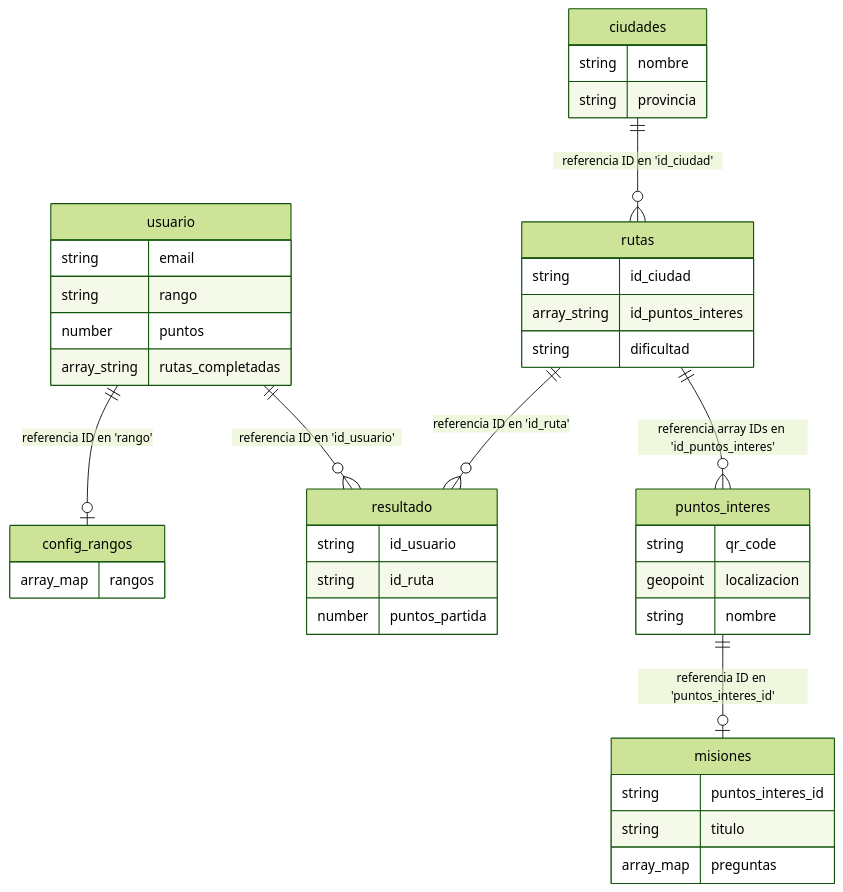
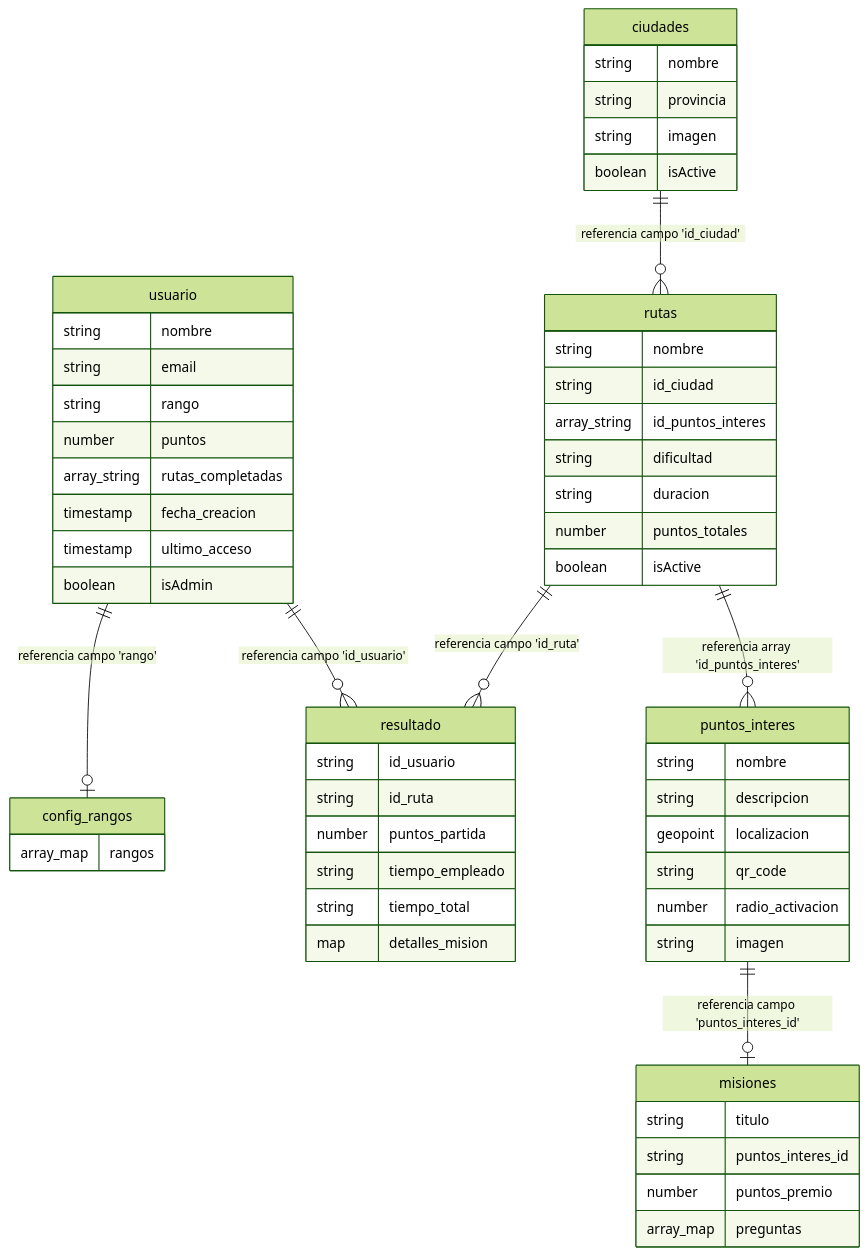
One commit to TurisTechTeam-Dev/RuteX-GO-App changed the third of 4 diagrams in docs/technical_documentation.md. Above: the diagram before and after it, drawn with Mermaid (forest theme). The commit also changed other lines of this file, not shown here.

Commit message:
Revise data model and add validation triggers
Updated the logical structure of collections and added data validation mechanisms.

````diff
--- a/docs/technical_documentation.md
+++ b/docs/technical_documentation.md
@@ -347,43 +347,66 @@
 ```mermaid
 erDiagram
-    usuario ||--o| config_rangos : "referencia ID en 'rango'"
-    usuario ||--o{ resultado : "referencia ID en 'id_usuario'"
-    ciudades ||--o{ rutas : "referencia ID en 'id_ciudad'"
-    rutas ||--o{ puntos_interes : "referencia array IDs en 'id_puntos_interes'"
-    puntos_interes ||--o| misiones : "referencia ID en 'puntos_interes_id'"
-    rutas ||--o{ resultado : "referencia ID en 'id_ruta'"
+    usuario ||--o| config_rangos : "referencia campo 'rango'"
+    usuario ||--o{ resultado : "referencia campo 'id_usuario'"
+    ciudades ||--o{ rutas : "referencia campo 'id_ciudad'"
+    rutas ||--o{ puntos_interes : "referencia array 'id_puntos_interes'"
+    puntos_interes ||--o| misiones : "referencia campo 'puntos_interes_id'"
+    rutas ||--o{ resultado : "referencia campo 'id_ruta'"
 
     usuario {
+        string nombre
         string email
         string rango
         number puntos
         array_string rutas_completadas
+        timestamp fecha_creacion
+        timestamp ultimo_acceso
+        boolean isAdmin
     }
+
     ciudades {
         string nombre
         string provincia
+        string imagen
+        boolean isActive
     }
+
     rutas {
+        string nombre
         string id_ciudad
         array_string id_puntos_interes
         string dificultad
+        string duracion
+        number puntos_totales
+        boolean isActive
     }
+
     puntos_interes {
+        string nombre
+        string descripcion
+        geopoint localizacion
         string qr_code
-        geopoint localizacion
-        string nombre
+        number radio_activacion
+        string imagen
     }
+
     misiones {
+        string titulo
         string puntos_interes_id
-        string titulo
+        number puntos_premio
         array_map preguntas
     }
+
     resultado {
         string id_usuario
         string id_ruta
         number puntos_partida
+        string tiempo_empleado
+        string tiempo_total
+        map detalles_mision
     }
+
     config_rangos {
         array_map rangos
     }
 ```
````
